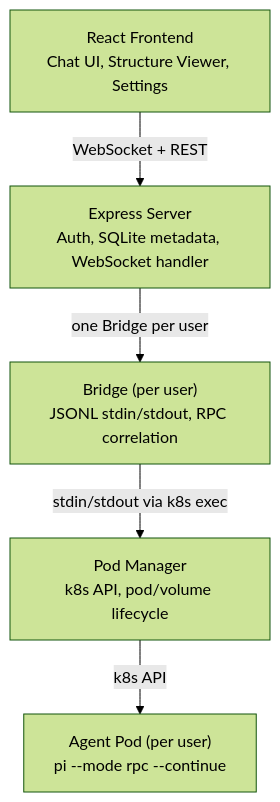
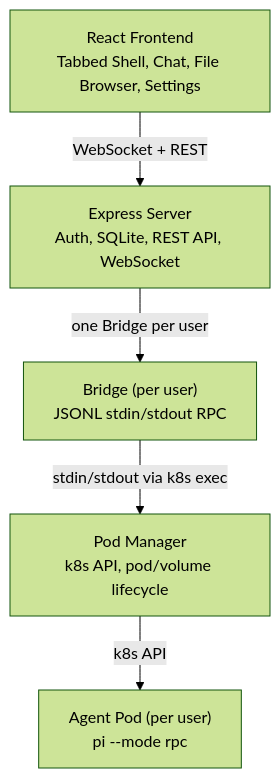
The first of 3 diagrams in docs/ARCHITECTURE.md (sigilmakes/goldilocks-app), drawn with Mermaid (forest theme) before and after one commit. The commit also changed other lines of this file and 6 other files, not shown here.

````diff
--- a/docs/ARCHITECTURE.md
+++ b/docs/ARCHITECTURE.md
@@ -16,13 +7,13 @@
 ```mermaid
 graph TD
-    Browser["React Frontend<br/>Chat UI, Structure Viewer, Settings"]
-    Express["Express Server<br/>Auth, SQLite metadata, WebSocket handler"]
-    Bridge["Bridge (per user)<br/>JSONL stdin/stdout, RPC correlation"]
+    Browser["React Frontend<br/>Tabbed Shell, Chat, File Browser, Settings"]
+    Express["Express Server<br/>Auth, SQLite, REST API, WebSocket"]
+    Bridge["Bridge (per user)<br/>JSONL stdin/stdout RPC"]
     PodMgr["Pod Manager<br/>k8s API, pod/volume lifecycle"]
-    Pod["Agent Pod (per user)<br/>pi --mode rpc --continue"]
+    Pod["Agent Pod (per user)<br/>pi --mode rpc"]
 
     Browser -->|"WebSocket + REST"| Express
     Express -->|"one Bridge per user"| Bridge
     Bridge -->|"stdin/stdout via k8s exec"| PodMgr
     PodMgr -->|"k8s API"| Pod
 ```
````
